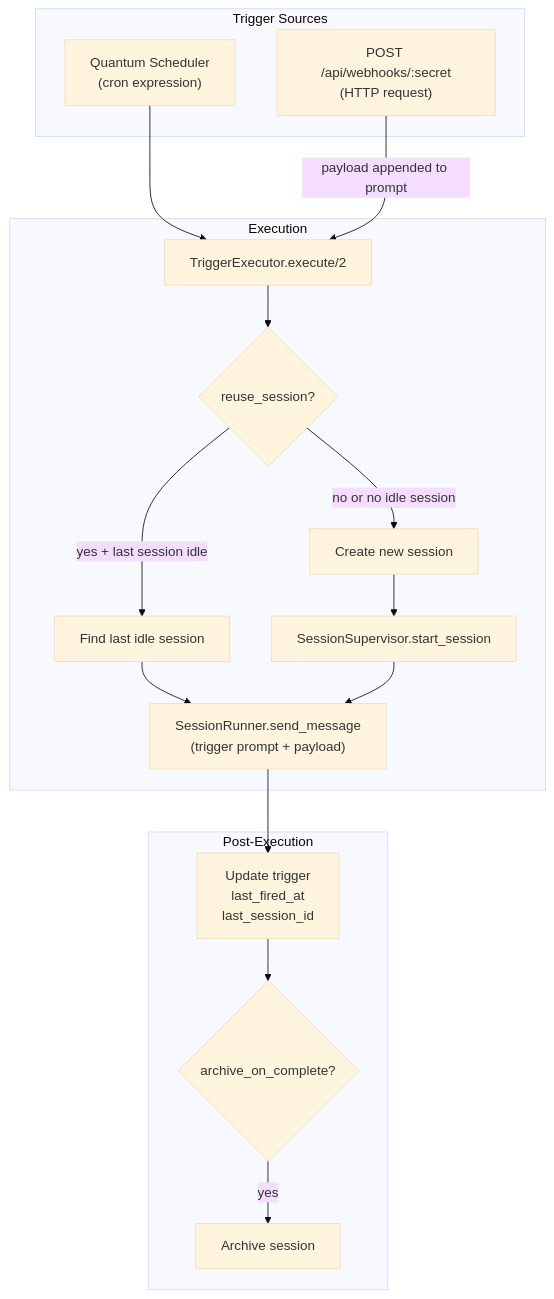
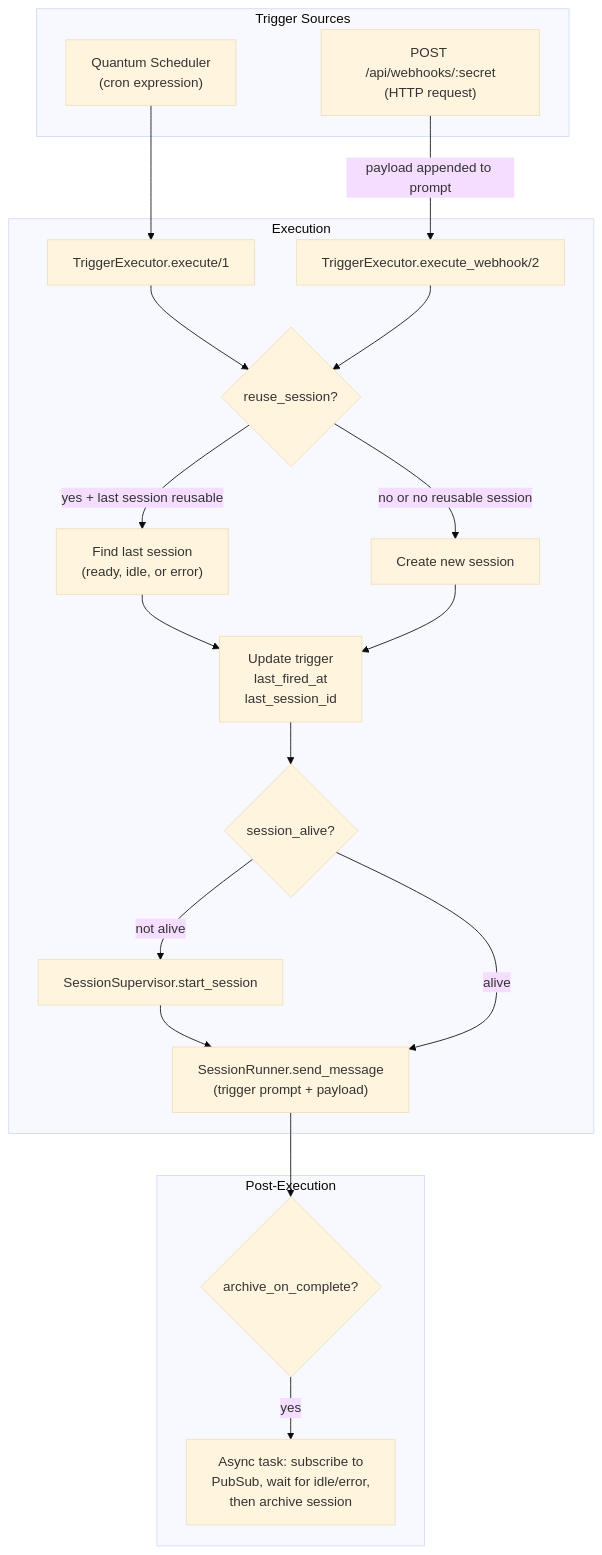
Before and after one commit to zingbretsen/orca_hub: the diagram in .context/triggers.md, drawn with Mermaid (base theme). The commit also changed 5 other files, not shown here.

First line of the commit message:
Fix inaccuracies in .context/ mermaid diagrams

````diff
--- a/.context/triggers.md
+++ b/.context/triggers.md
@@ -3,35 +3,40 @@
 ```mermaid
 flowchart TB
     subgraph Sources["Trigger Sources"]
         Cron["Quantum Scheduler\n(cron expression)"]
         Webhook["POST /api/webhooks/:secret\n(HTTP request)"]
     end
 
     subgraph Execution
-        Executor["TriggerExecutor.execute/2"]
+        ExecuteCron["TriggerExecutor.execute/1"]
+        ExecuteWebhook["TriggerExecutor.execute_webhook/2"]
         Resolve{"reuse_session?"}
-        Reuse["Find last idle session"]
+        Reuse["Find last session\n(ready, idle, or error)"]
         Create["Create new session"]
+        Update["Update trigger\nlast_fired_at\nlast_session_id"]
+        StartCheck{"session_alive?"}
         Start["SessionSupervisor.start_session"]
         Send["SessionRunner.send_message\n(trigger prompt + payload)"]
     end
 
     subgraph Cleanup["Post-Execution"]
-        Update["Update trigger\nlast_fired_at\nlast_session_id"]
         Archive{"archive_on_complete?"}
-        ArchiveSession["Archive session"]
+        ArchiveTask["Async task: subscribe to\nPubSub, wait for idle/error,\nthen archive session"]
     end
 
-    Cron --> Executor
-    Webhook -->|payload appended to prompt| Executor
+    Cron --> ExecuteCron
+    Webhook -->|payload appended to prompt| ExecuteWebhook
 
-    Executor --> Resolve
-    Resolve -->|yes + last session idle| Reuse
-    Resolve -->|no or no idle session| Create
-    Reuse --> Send
-    Create --> Start --> Send
+    ExecuteCron --> Resolve
+    ExecuteWebhook --> Resolve
+    Resolve -->|yes + last session reusable| Reuse
+    Resolve -->|no or no reusable session| Create
+    Reuse --> Update
+    Create --> Update
+    Update --> StartCheck
+    StartCheck -->|not alive| Start --> Send
+    StartCheck -->|alive| Send
 
-    Send --> Update
-    Update --> Archive
-    Archive -->|yes| ArchiveSession
+    Send --> Archive
+    Archive -->|yes| ArchiveTask
 ```
````
